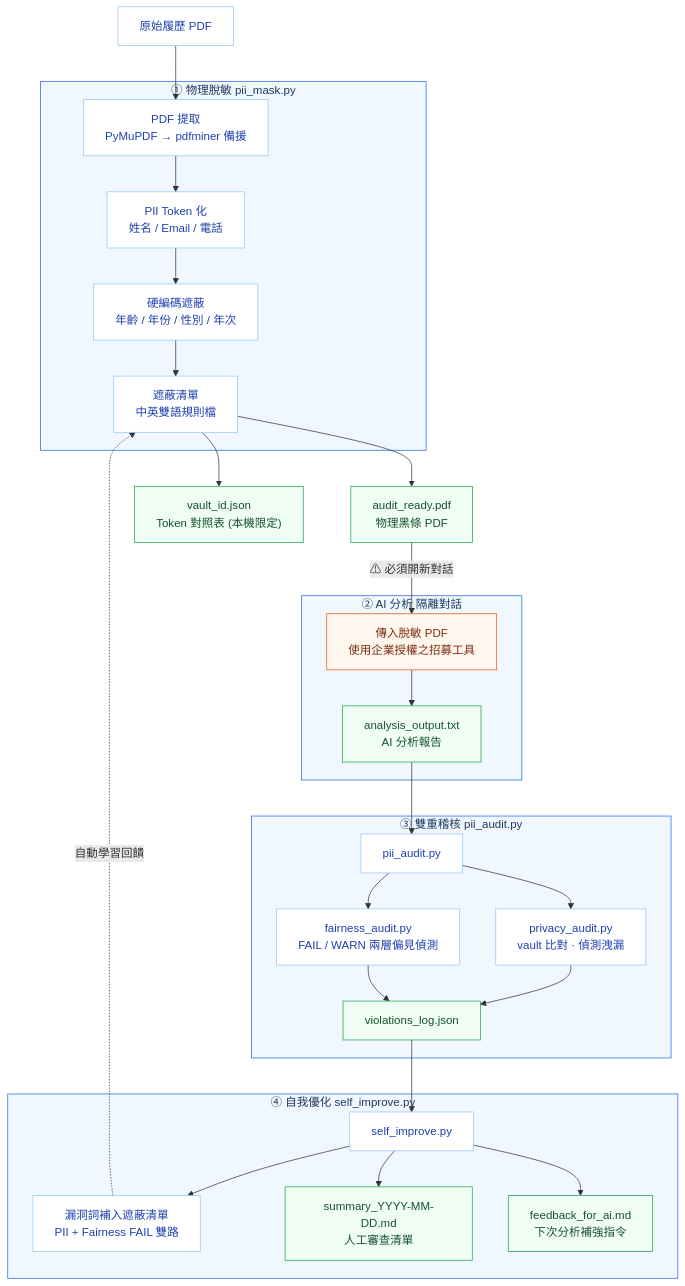
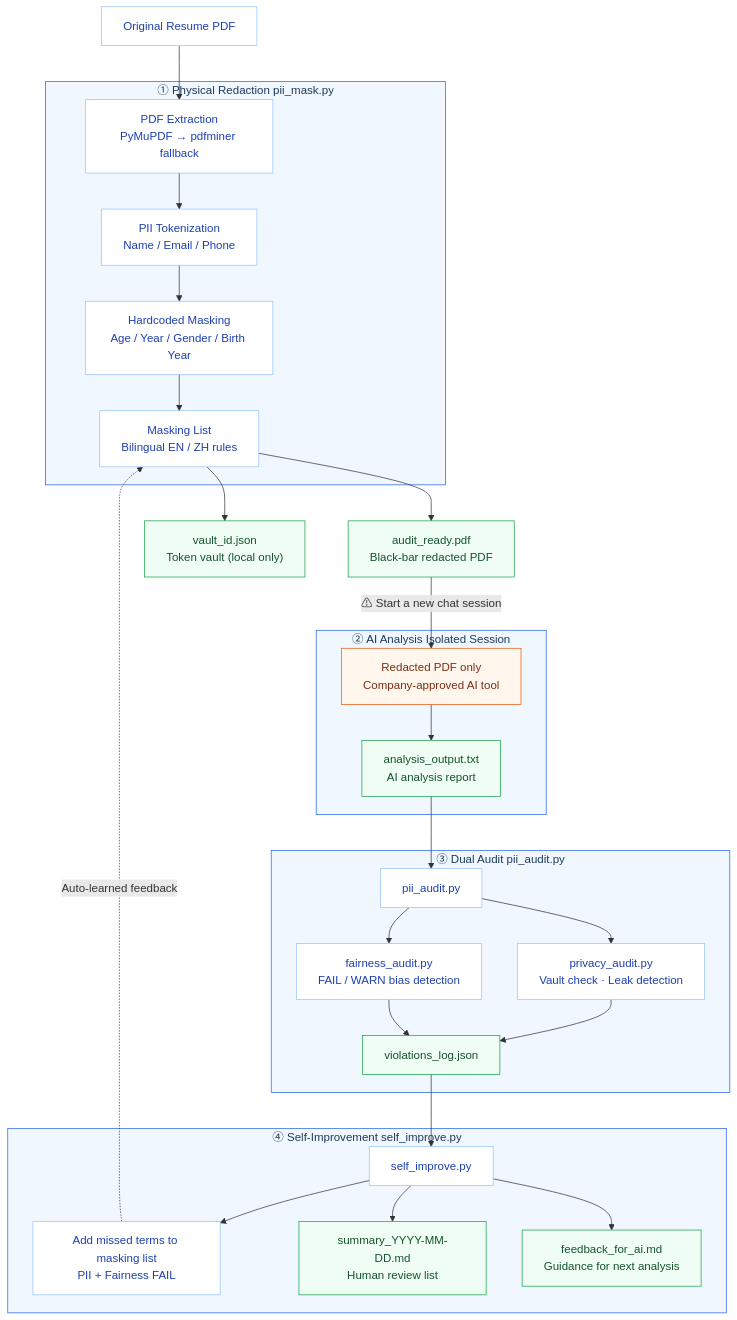
One commit to chengwesley/AnonyHire changed the diagram in README.md. Above: the diagram before and after it, drawn with Mermaid. The commit also changed other lines of this file and 2 other files, not shown here.

````diff
--- a/README.md
+++ b/README.md
@@ -16,53 +19,53 @@
 ```mermaid
 flowchart TD
-    INPUT[原始履歷 PDF]
+    INPUT[Original Resume PDF]
 
     INPUT --> MASK
 
-    subgraph STEP1["① 物理脫敏  pii_mask.py"]
-        MASK[PDF 提取<br/>PyMuPDF → pdfminer 備援]
-        MASK --> TOK[PII Token 化<br/>姓名 / Email / 電話]
-        TOK --> HARD[硬編碼遮蔽<br/>年齡 / 年份 / 性別 / 年次]
-        HARD --> BL[遮蔽清單<br/>中英雙語規則檔]
+    subgraph STEP1["① Physical Redaction  pii_mask.py"]
+        MASK[PDF Extraction<br/>PyMuPDF → pdfminer fallback]
+        MASK --> TOK[PII Tokenization<br/>Name / Email / Phone]
+        TOK --> HARD[Hardcoded Masking<br/>Age / Year / Gender / Birth Year]
+        HARD --> BL[Masking List<br/>Bilingual EN / ZH rules]
     end
 
-    BL --> PDF_OUT[audit_ready.pdf<br/>物理黑條 PDF]
-    BL --> VAULT["vault_id.json<br/>Token 對照表 (本機限定)"]
+    BL --> PDF_OUT[audit_ready.pdf<br/>Black-bar redacted PDF]
+    BL --> VAULT["vault_id.json<br/>Token vault (local only)"]
 
-    PDF_OUT -->|"⚠ 必須開新對話"| ANALYSIS
+    PDF_OUT -->|"⚠ Start a new chat session"| ANALYSIS
 
-    subgraph STEP2["② AI 分析  隔離對話"]
-        ANALYSIS[傳入脫敏 PDF<br/>使用企業授權之招募工具]
-        ANALYSIS --> REPORT[analysis_output.txt<br/>AI 分析報告]
+    subgraph STEP2["② AI Analysis  Isolated Session"]
+        ANALYSIS[Redacted PDF only<br/>Company-approved AI tool]
+        ANALYSIS --> REPORT[analysis_output.txt<br/>AI analysis report]
     end
 
     REPORT --> AUDIT
 
-    subgraph STEP3["③ 雙重稽核  pii_audit.py"]
+    subgraph STEP3["③ Dual Audit  pii_audit.py"]
         AUDIT[pii_audit.py]
-        AUDIT --> PRIV[privacy_audit.py<br/>vault 比對 · 偵測洩漏]
-        AUDIT --> FAIR[fairness_audit.py<br/>FAIL / WARN 兩層偏見偵測]
+        AUDIT --> PRIV[privacy_audit.py<br/>Vault check · Leak detection]
+        AUDIT --> FAIR[fairness_audit.py<br/>FAIL / WARN bias detection]
         PRIV --> LOG[violations_log.json]
         FAIR --> LOG
     end
 
     LOG --> IMPROVE
 
-    subgraph STEP4["④ 自我優化  self_improve.py"]
+    subgraph STEP4["④ Self-Improvement  self_improve.py"]
         IMPROVE[self_improve.py]
-        IMPROVE --> BL_UPDATE[漏洞詞補入遮蔽清單<br/>PII + Fairness FAIL 雙路]
-        IMPROVE --> SUMMARY[summary_YYYY-MM-DD.md<br/>人工審查清單]
-        IMPROVE --> FEEDBACK[feedback_for_ai.md<br/>下次分析補強指令]
+        IMPROVE --> BL_UPDATE[Add missed terms to masking list<br/>PII + Fairness FAIL]
+        IMPROVE --> SUMMARY[summary_YYYY-MM-DD.md<br/>Human review list]
+        IMPROVE --> FEEDBACK[feedback_for_ai.md<br/>Guidance for next analysis]
     end
 
-    BL_UPDATE -.->|自動學習回饋| BL
+    BL_UPDATE -.->|Auto-learned feedback| BL
 
     classDef step fill:#f0f7ff,stroke:#2563eb,color:#1e3a5f
     classDef node fill:#ffffff,stroke:#93c5fd,color:#1e40af
     classDef output fill:#f0fdf4,stroke:#16a34a,color:#14532d
     classDef warn fill:#fff7ed,stroke:#ea580c,color:#7c2d12
     class STEP1,STEP2,STEP3,STEP4 step
     class MASK,TOK,HARD,BL,AUDIT,PRIV,FAIR,IMPROVE,BL_UPDATE node
     class PDF_OUT,VAULT,REPORT,LOG,SUMMARY,FEEDBACK output
     class ANALYSIS warn
 ```
````
